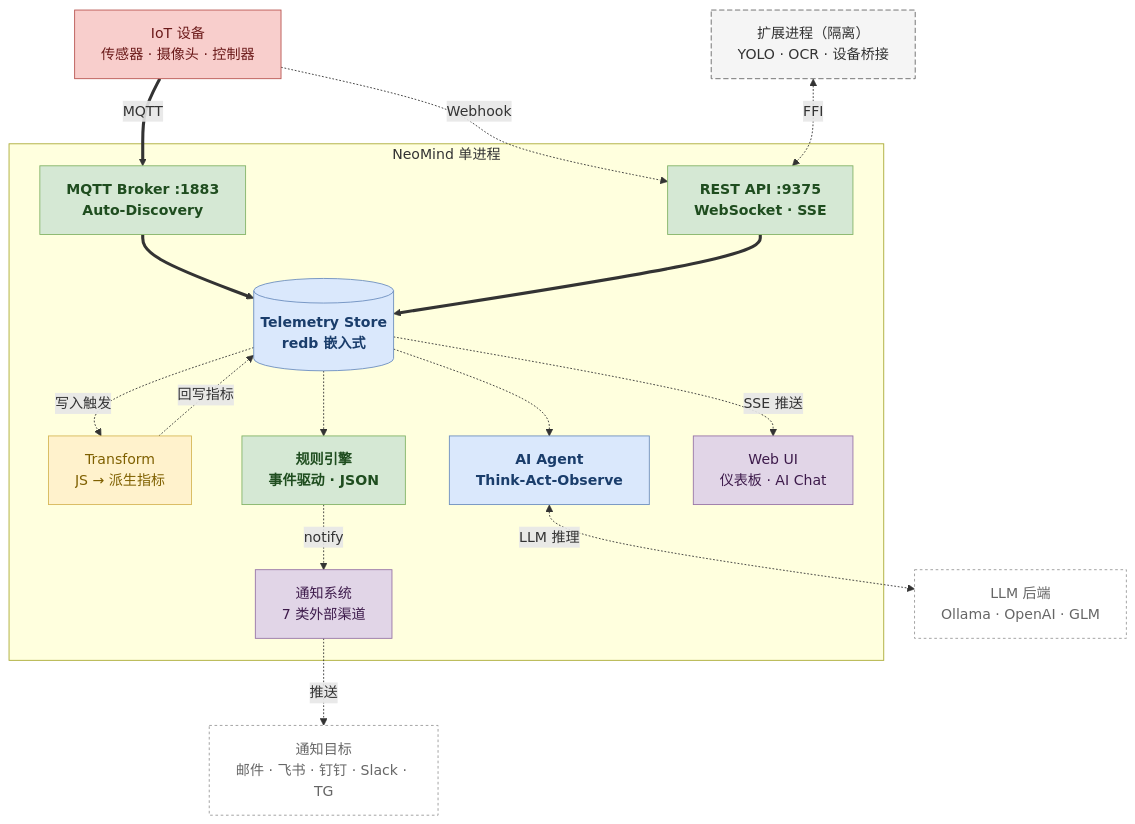
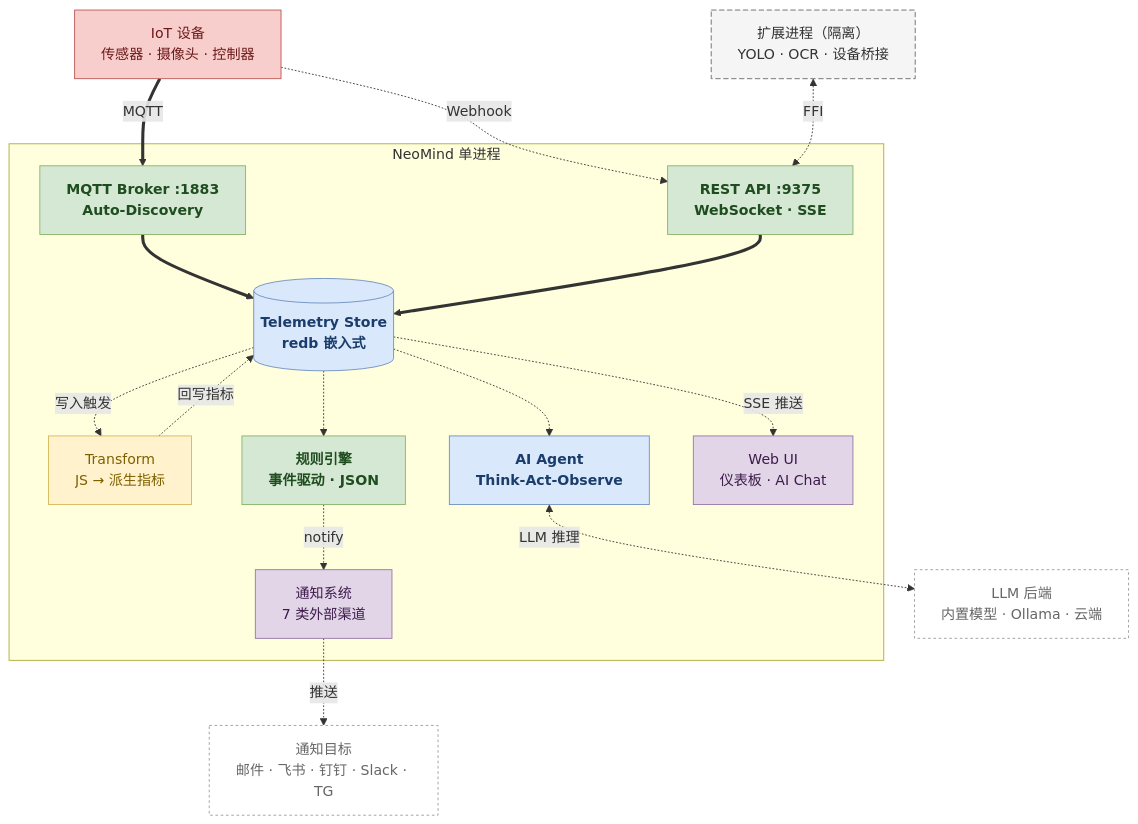
Before and after one commit to camthink-ai/wiki-documents: the first of 5 diagrams in docs/0-neomind/concepts/2-core-concepts.md, drawn with Mermaid. The commit also changed other lines of this file and 89 other files, not shown here.

````diff
--- a/docs/0-neomind/concepts/2-core-concepts.md
+++ b/docs/0-neomind/concepts/2-core-concepts.md
@@ -22,42 +22,42 @@
 ```mermaid
 flowchart TB
     subgraph neo["NeoMind 单进程"]
         MQTT["MQTT Broker :1883<br/>Auto-Discovery"]:::core
         API["REST API :9375<br/>WebSocket · SSE"]:::core
         STORE[("Telemetry Store<br/>redb 嵌入式")]:::store
         TRANSFORM["Transform<br/>JS → 派生指标"]:::pipeline
         RULE["规则引擎<br/>事件驱动 · JSON"]:::core
         AGENT["AI Agent<br/>Think-Act-Observe"]:::ai
         WEBUI["Web UI<br/>仪表板 · AI Chat"]:::consumer
         MSG["通知系统<br/>7 类外部渠道"]:::consumer
 
         MQTT ==> STORE
         API ==> STORE
         STORE -.->|"写入触发"| TRANSFORM
         TRANSFORM -.->|"回写指标"| STORE
         STORE -.-> RULE
         STORE -.-> AGENT
         RULE -.->|"notify"| MSG
         STORE -.->|"SSE 推送"| WEBUI
     end
 
     DEV["IoT 设备<br/>传感器 · 摄像头 · 控制器"]:::device
-    LLM["LLM 后端<br/>Ollama · OpenAI · GLM"]:::external
+    LLM["LLM 后端<br/>内置模型 · Ollama · 云端"]:::external
     EXT["扩展进程（隔离）<br/>YOLO · OCR · 设备桥接"]:::extension
     TARGET["通知目标<br/>邮件 · 飞书 · 钉钉 · Slack · TG"]:::external
 
     DEV ==>|"MQTT"| MQTT
     DEV -.->|"Webhook"| API
     AGENT <-.->|"LLM 推理"| LLM
     EXT <-.->|"FFI"| API
     MSG -.->|"推送"| TARGET
 
     classDef core fill:#d5e8d4,stroke:#82b366,color:#1f4d1f,font-weight:bold
     classDef store fill:#dae8fc,stroke:#6c8ebf,color:#1a3d6b,font-weight:bold
     classDef device fill:#f8cecc,stroke:#b85450,color:#6b1a1a
     classDef pipeline fill:#fff2cc,stroke:#d6b656,color:#7f6000
     classDef extension fill:#f5f5f5,stroke:#666,stroke-dasharray:6 3,color:#333
     classDef consumer fill:#e1d5e7,stroke:#9673a6,color:#3d1a4b
     classDef ai fill:#dae8fc,stroke:#6c8ebf,color:#1a3d6b,font-weight:bold
     classDef external fill:#fff,stroke:#999,stroke-dasharray:3 3,color:#666
 ```
````
